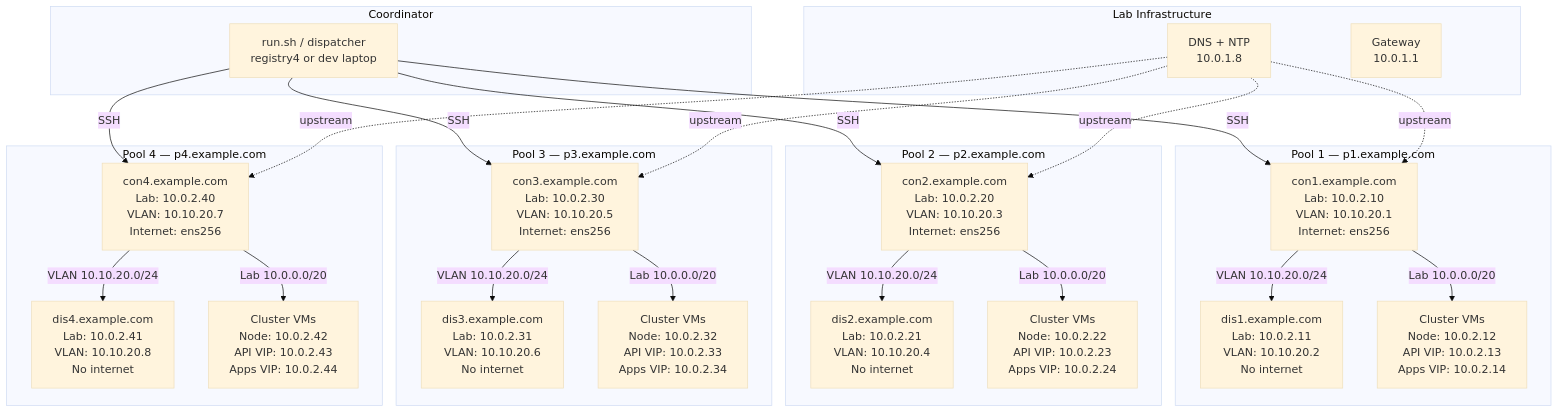
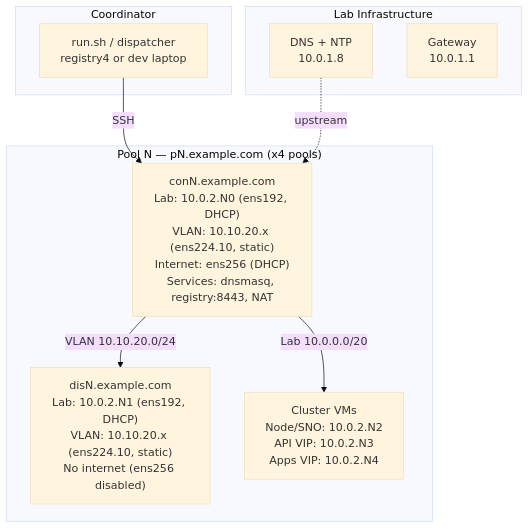
Before and after one commit to sjbylo/aba: the diagram in test/e2e/README.md, drawn with Mermaid (base theme).

Commit message:
Simplify network diagram to single generic pool
Show one pool (conN/disN) instead of repeating all four identical pools.

Made-with: Cursor

````diff
--- a/test/e2e/README.md
+++ b/test/e2e/README.md
@@ -10,55 +10,22 @@
 ```mermaid
 flowchart TD
     subgraph coordinator [Coordinator]
         RunSh["run.sh / dispatcher<br/>registry4 or dev laptop"]
     end
 
     subgraph infra [Lab Infrastructure]
         DNS_NTP["DNS + NTP<br/>10.0.1.8"]
         GW["Gateway<br/>10.0.1.1"]
     end
 
-    subgraph pool1 [Pool 1 — p1.example.com]
-        con1["con1.example.com<br/>Lab: 10.0.2.10<br/>VLAN: 10.10.20.1<br/>Internet: ens256"]
-        dis1["dis1.example.com<br/>Lab: 10.0.2.11<br/>VLAN: 10.10.20.2<br/>No internet"]
-        cluster1["Cluster VMs<br/>Node: 10.0.2.12<br/>API VIP: 10.0.2.13<br/>Apps VIP: 10.0.2.14"]
+    subgraph poolN ["Pool N — pN.example.com (x4 pools)"]
+        conN["conN.example.com<br/>Lab: 10.0.2.N0 (ens192, DHCP)<br/>VLAN: 10.10.20.x (ens224.10, static)<br/>Internet: ens256 (DHCP)<br/>Services: dnsmasq, registry:8443, NAT"]
+        disN["disN.example.com<br/>Lab: 10.0.2.N1 (ens192, DHCP)<br/>VLAN: 10.10.20.x (ens224.10, static)<br/>No internet (ens256 disabled)"]
+        clusterN["Cluster VMs<br/>Node/SNO: 10.0.2.N2<br/>API VIP: 10.0.2.N3<br/>Apps VIP: 10.0.2.N4"]
     end
 
-    subgraph pool2 [Pool 2 — p2.example.com]
-        con2["con2.example.com<br/>Lab: 10.0.2.20<br/>VLAN: 10.10.20.3<br/>Internet: ens256"]
-        dis2["dis2.example.com<br/>Lab: 10.0.2.21<br/>VLAN: 10.10.20.4<br/>No internet"]
-        cluster2["Cluster VMs<br/>Node: 10.0.2.22<br/>API VIP: 10.0.2.23<br/>Apps VIP: 10.0.2.24"]
-    end
-
-    subgraph pool3 [Pool 3 — p3.example.com]
-        con3["con3.example.com<br/>Lab: 10.0.2.30<br/>VLAN: 10.10.20.5<br/>Internet: ens256"]
-        dis3["dis3.example.com<br/>Lab: 10.0.2.31<br/>VLAN: 10.10.20.6<br/>No internet"]
-        cluster3["Cluster VMs<br/>Node: 10.0.2.32<br/>API VIP: 10.0.2.33<br/>Apps VIP: 10.0.2.34"]
-    end
-
-    subgraph pool4 [Pool 4 — p4.example.com]
-        con4["con4.example.com<br/>Lab: 10.0.2.40<br/>VLAN: 10.10.20.7<br/>Internet: ens256"]
-        dis4["dis4.example.com<br/>Lab: 10.0.2.41<br/>VLAN: 10.10.20.8<br/>No internet"]
-        cluster4["Cluster VMs<br/>Node: 10.0.2.42<br/>API VIP: 10.0.2.43<br/>Apps VIP: 10.0.2.44"]
-    end
-
-    RunSh -->|SSH| con1
-    RunSh -->|SSH| con2
-    RunSh -->|SSH| con3
-    RunSh -->|SSH| con4
-
-    con1 -->|"VLAN 10.10.20.0/24"| dis1
-    con2 -->|"VLAN 10.10.20.0/24"| dis2
-    con3 -->|"VLAN 10.10.20.0/24"| dis3
-    con4 -->|"VLAN 10.10.20.0/24"| dis4
-
-    con1 -->|"Lab 10.0.0.0/20"| cluster1
-    con2 -->|"Lab 10.0.0.0/20"| cluster2
-    con3 -->|"Lab 10.0.0.0/20"| cluster3
-    con4 -->|"Lab 10.0.0.0/20"| cluster4
-
-    DNS_NTP -.->|upstream| con1
-    DNS_NTP -.->|upstream| con2
-    DNS_NTP -.->|upstream| con3
-    DNS_NTP -.->|upstream| con4
+    RunSh -->|SSH| conN
+    conN -->|"VLAN 10.10.20.0/24"| disN
+    conN -->|"Lab 10.0.0.0/20"| clusterN
+    DNS_NTP -.->|upstream| conN
 ```
````
